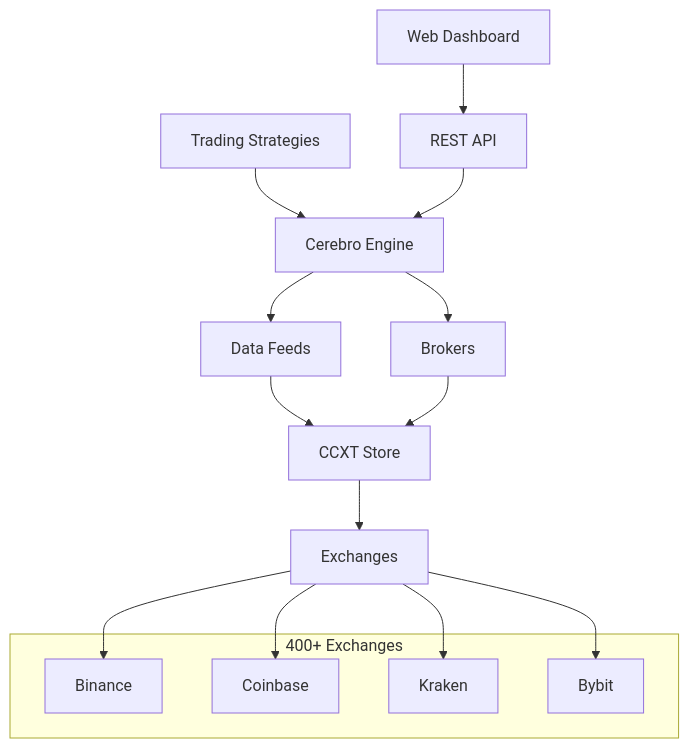
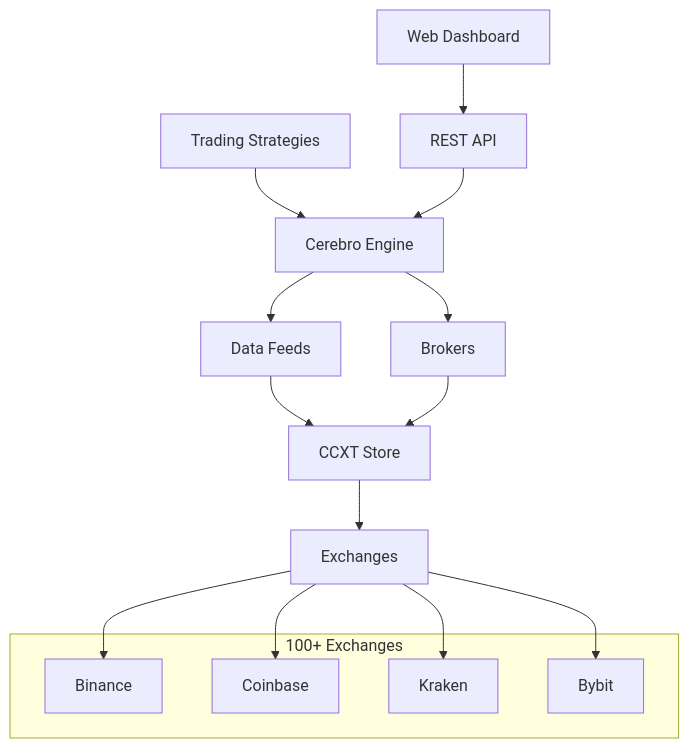
Before and after one commit to cracktrader/docs: the diagram in index.md, drawn with Mermaid. The commit also changed other lines of this file and 29 other files, not shown here.

````diff
--- a/index.md
+++ b/index.md
@@ -148,24 +94,24 @@
 ```mermaid
 graph TB
     A[Trading Strategies] --> B[Cerebro Engine]
     B --> C[Data Feeds]
     B --> D[Brokers]
     C --> E[CCXT Store]
     D --> E
     E --> F[Exchanges]
 
     G[Web Dashboard] --> H[REST API]
     H --> B
 
-    subgraph "400+ Exchanges"
+    subgraph "100+ Exchanges"
         F1[Binance]
         F2[Coinbase]
         F3[Kraken]
         F4[Bybit]
     end
 
     F --> F1
     F --> F2
     F --> F3
     F --> F4
 ```
````
